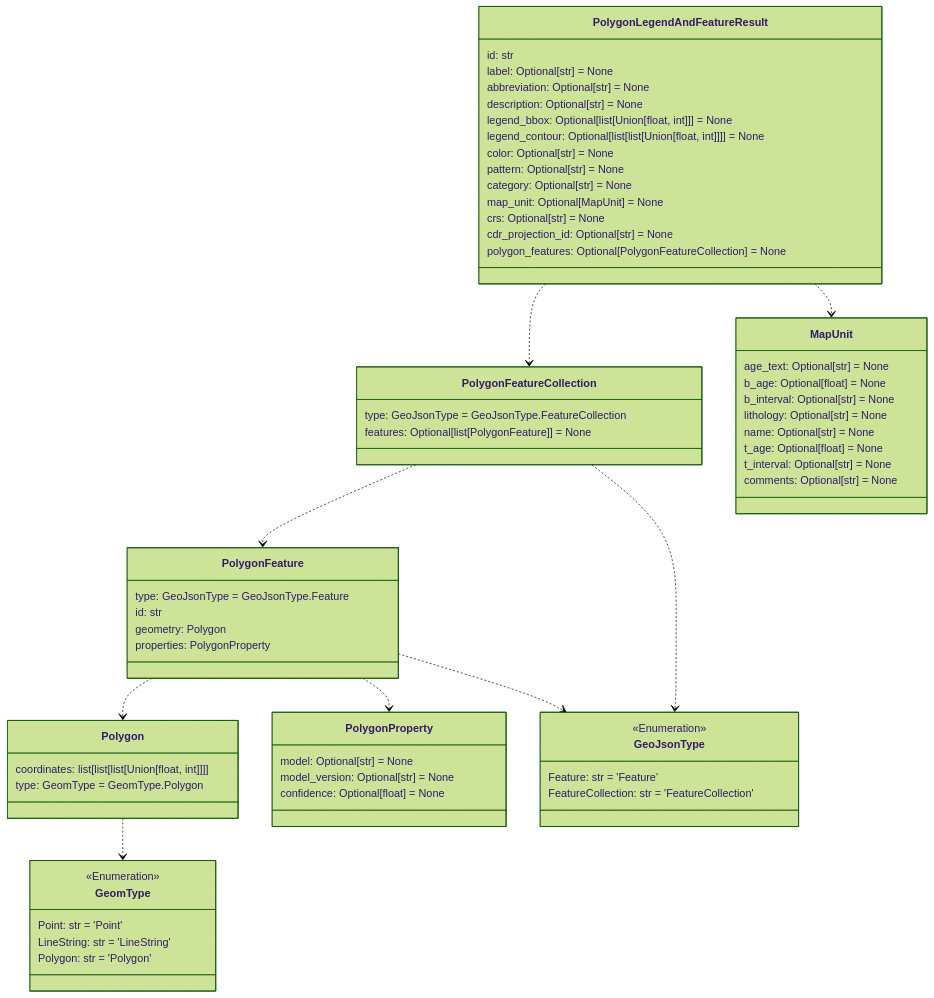
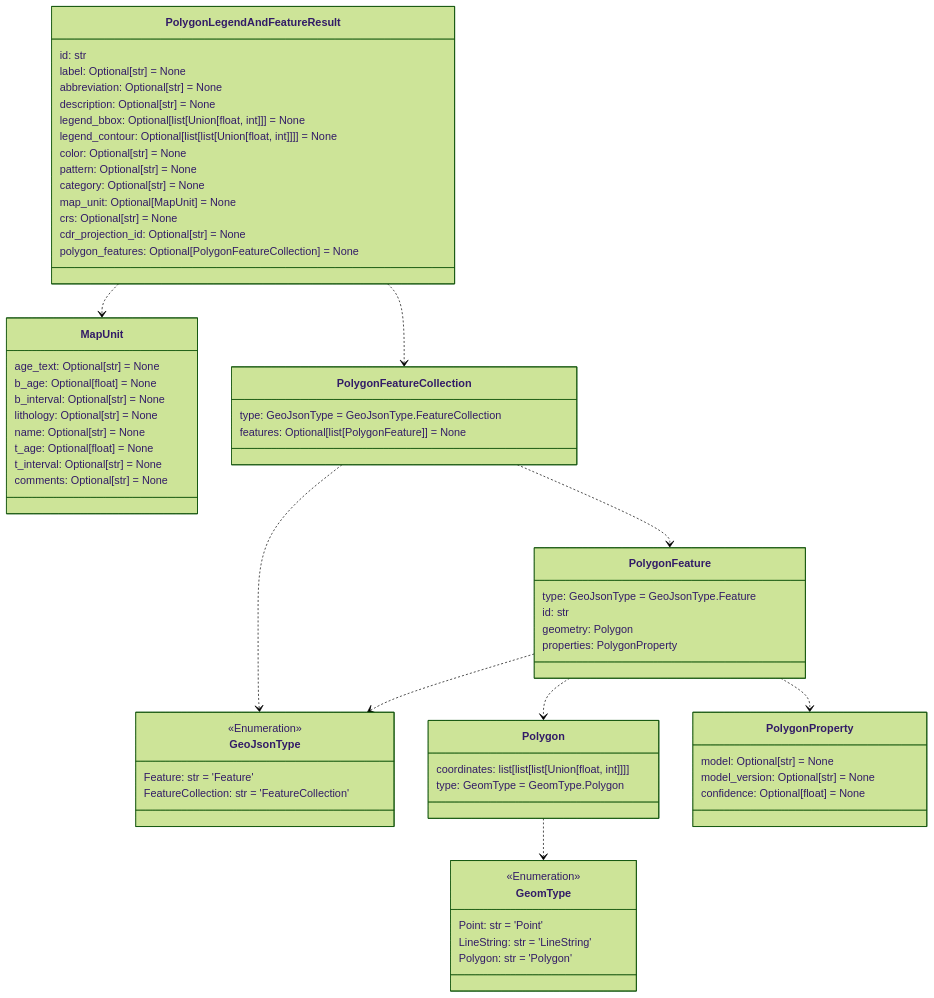
Before and after one commit to DARPA-CRITICALMAAS/cdr_schemas: the seventh of 12 diagrams in README.md, drawn with Mermaid (forest theme). The commit also changed other lines of this file and 3 other files, not shown here.

Commit message:
Updated descriptions of coordinates for polygon, line and point features

````diff
--- a/README.md
+++ b/README.md
@@ -490,77 +494,77 @@
 ```mermaid
 classDiagram
+
+    class GeoJsonType {
+        <<Enumeration>>
+        Feature: str = 'Feature'
+        FeatureCollection: str = 'FeatureCollection'
+    }
 
     class PolygonLegendAndFeatureResult {
         id: str
         label: Optional[str] = None
         abbreviation: Optional[str] = None
         description: Optional[str] = None
         legend_bbox: Optional[list[Union[float, int]]] = None
         legend_contour: Optional[list[list[Union[float, int]]]] = None
         color: Optional[str] = None
         pattern: Optional[str] = None
         category: Optional[str] = None
         map_unit: Optional[MapUnit] = None
         crs: Optional[str] = None
         cdr_projection_id: Optional[str] = None
         polygon_features: Optional[PolygonFeatureCollection] = None
     }
 
-    class Polygon {
-        coordinates: list[list[list[Union[float, int]]]]
-        type: GeomType = GeomType.Polygon
-    }
-
     class PolygonFeature {
         type: GeoJsonType = GeoJsonType.Feature
         id: str
         geometry: Polygon
         properties: PolygonProperty
-    }
-
-    class PolygonFeatureCollection {
-        type: GeoJsonType = GeoJsonType.FeatureCollection
-        features: Optional[list[PolygonFeature]] = None
     }
 
     class GeomType {
         <<Enumeration>>
         Point: str = 'Point'
         LineString: str = 'LineString'
         Polygon: str = 'Polygon'
     }
 
     class PolygonProperty {
         model: Optional[str] = None
         model_version: Optional[str] = None
         confidence: Optional[float] = None
     }
 
+    class PolygonFeatureCollection {
+        type: GeoJsonType = GeoJsonType.FeatureCollection
+        features: Optional[list[PolygonFeature]] = None
+    }
+
     class MapUnit {
         age_text: Optional[str] = None
         b_age: Optional[float] = None
         b_interval: Optional[str] = None
         lithology: Optional[str] = None
         name: Optional[str] = None
         t_age: Optional[float] = None
         t_interval: Optional[str] = None
         comments: Optional[str] = None
     }
 
-    class GeoJsonType {
-        <<Enumeration>>
-        Feature: str = 'Feature'
-        FeatureCollection: str = 'FeatureCollection'
+    class Polygon {
+        coordinates: list[list[list[Union[float, int]]]]
+        type: GeomType = GeomType.Polygon
     }
 
     Polygon ..> GeomType
+    PolygonFeature ..> GeoJsonType
     PolygonFeature ..> Polygon
     PolygonFeature ..> PolygonProperty
-    PolygonFeature ..> GeoJsonType
+    PolygonFeatureCollection ..> GeoJsonType
     PolygonFeatureCollection ..> PolygonFeature
-    PolygonFeatureCollection ..> GeoJsonType
+    PolygonLegendAndFeatureResult ..> MapUnit
     PolygonLegendAndFeatureResult ..> PolygonFeatureCollection
-    PolygonLegendAndFeatureResult ..> MapUnit
 
 
 ```
````
